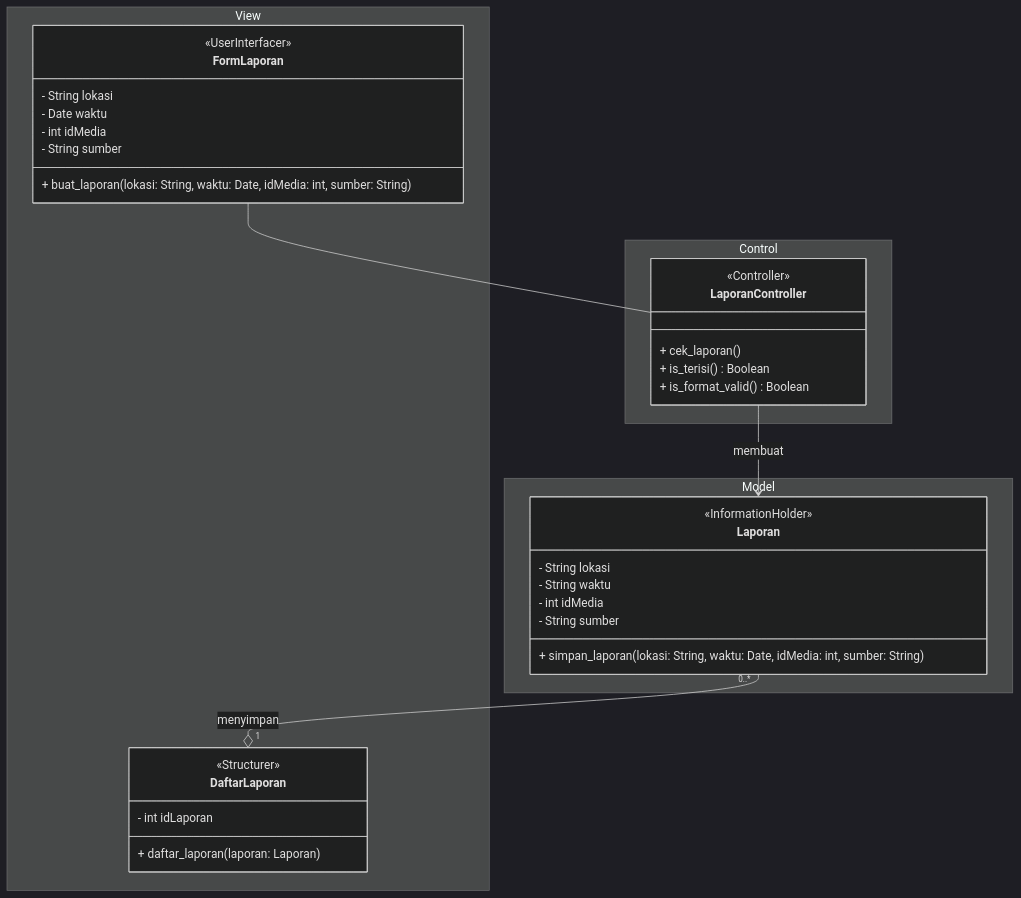
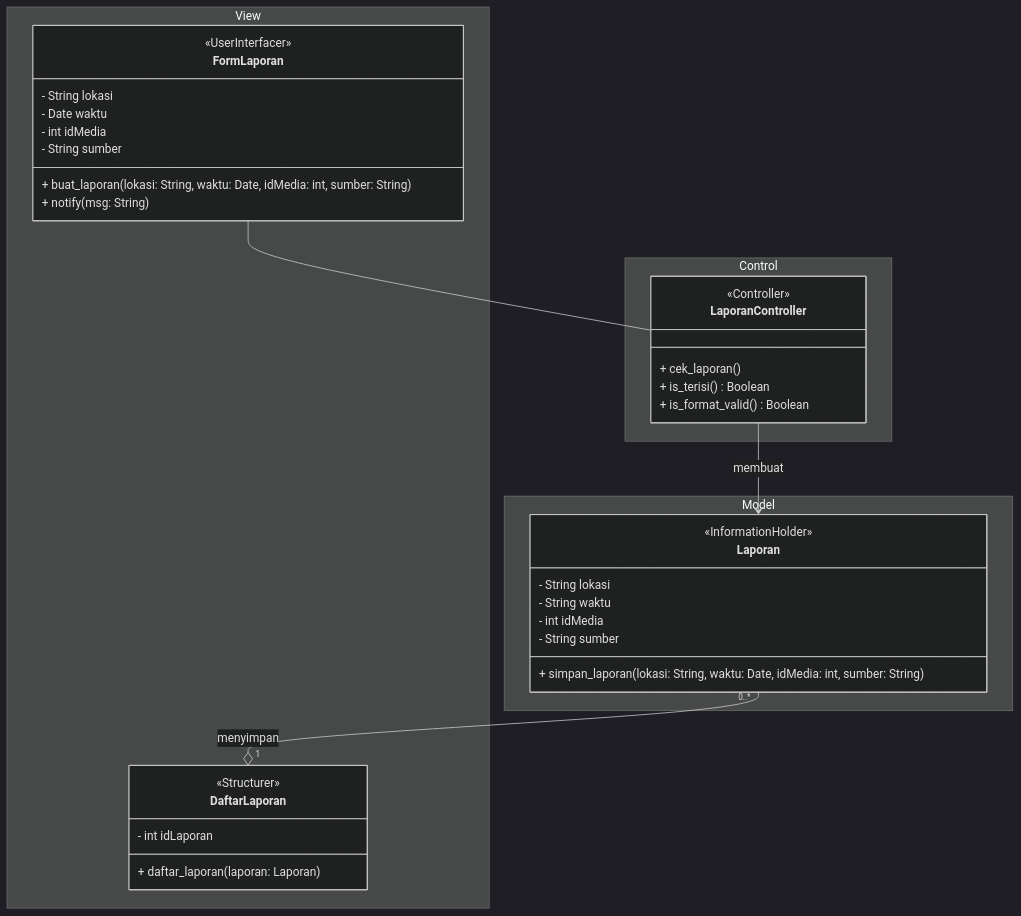
Before and after one commit to star-scripter/IF2150-RPL-K03-G02: the sixth of 28 diagrams in docs/M7/K03_G02_DPPL.md, drawn with Mermaid (dark theme). The commit also changed other lines of this file, not shown here.

````diff
--- a/docs/M7/K03_G02_DPPL.md
+++ b/docs/M7/K03_G02_DPPL.md
@@ -416,40 +419,41 @@
 ```mermaid
 classDiagram
     namespace View {
         class FormLaporan {
             <<UserInterfacer>>
             - String lokasi
             - Date waktu
             - int idMedia
             - String sumber 
             + buat_laporan(lokasi: String, waktu: Date, idMedia: int, sumber: String)
+            + notify(msg: String)
         }
         class DaftarLaporan {
             <<Structurer>>
             - int idLaporan
             + daftar_laporan(laporan: Laporan)
         }
     }
     namespace Control {
         class LaporanController {
             <<Controller>>
             + cek_laporan()
             + is_terisi() Boolean
             + is_format_valid() Boolean
         }
     }
     namespace Model {
         class Laporan {
             <<InformationHolder>>
             - String lokasi
             - String waktu
             - int idMedia
             - String sumber
             + simpan_laporan(lokasi: String, waktu: Date, idMedia: int, sumber: String)
         }
     }
 
     FormLaporan -- LaporanController
     LaporanController --> Laporan : membuat
     Laporan "0..*" --o "1" DaftarLaporan : menyimpan
 ```
````
